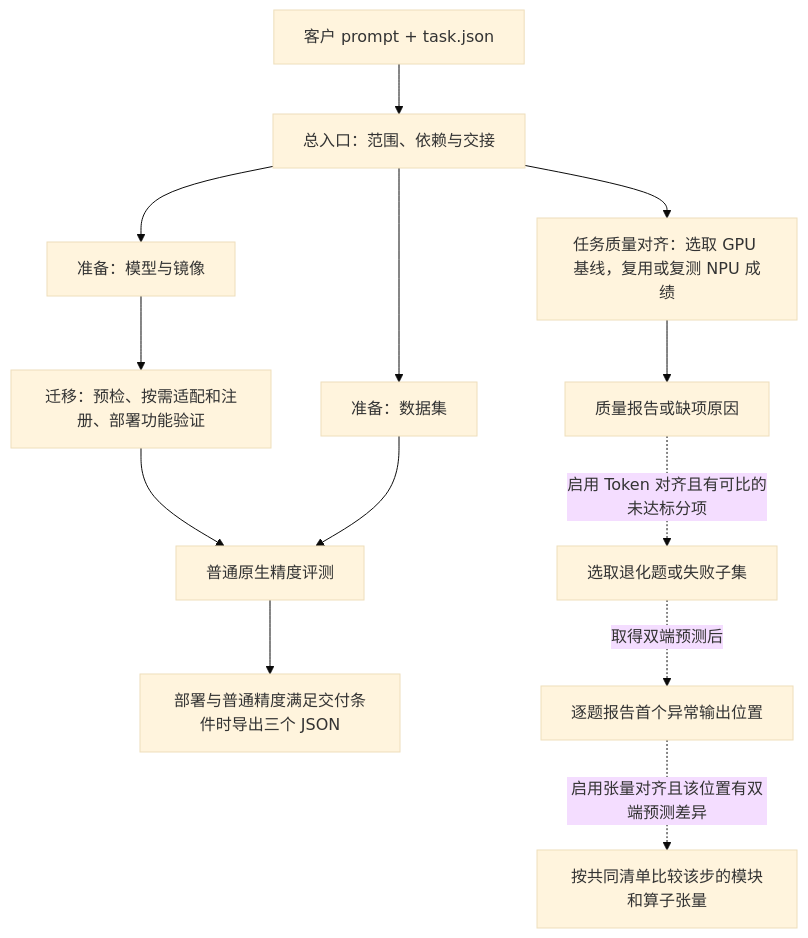
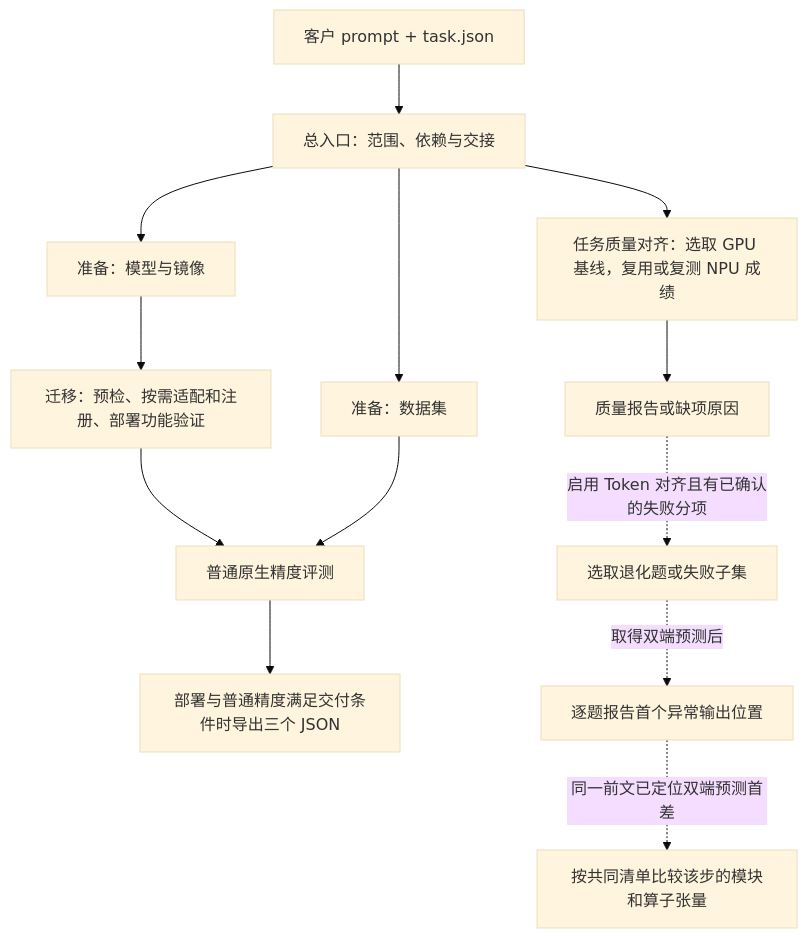
The diagram in README.md (23japhone/model-migration), drawn with Mermaid (base theme) before and after one commit. The commit also changed 5 other files, not shown here.

````diff
--- a/README.md
+++ b/README.md
@@ -92,15 +92,15 @@
 ```mermaid
 flowchart TD
     U[客户 prompt + task.json] --> E[总入口：范围、依赖与交接]
     E --> P[准备：模型与镜像]
     E --> D[准备：数据集]
     P --> M[迁移：预检、按需适配和注册、部署功能验证]
     M --> A[普通原生精度评测]
     D --> A
     A --> H[部署与普通精度满足交付条件时导出三个 JSON]
     E --> Q[任务质量对齐：选取 GPU 基线，复用或复测 NPU 成绩]
     Q --> R[质量报告或缺项原因]
-    R -. 启用 Token 对齐且有可比的未达标分项 .-> T[选取退化题或失败子集]
+    R -. 启用 Token 对齐且有已确认的失败分项 .-> T[选取退化题或失败子集]
     T -. 取得双端预测后 .-> C[逐题报告首个异常输出位置]
-    C -. 启用张量对齐且该位置有双端预测差异 .-> X[按共同清单比较该步的模块和算子张量]
+    C -. 同一前文已定位双端预测首差 .-> X[按共同清单比较该步的模块和算子张量]
 ```
````
